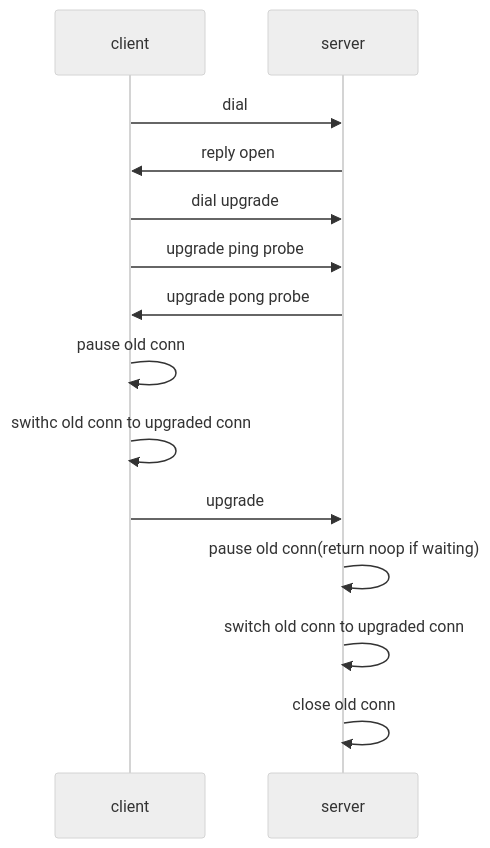
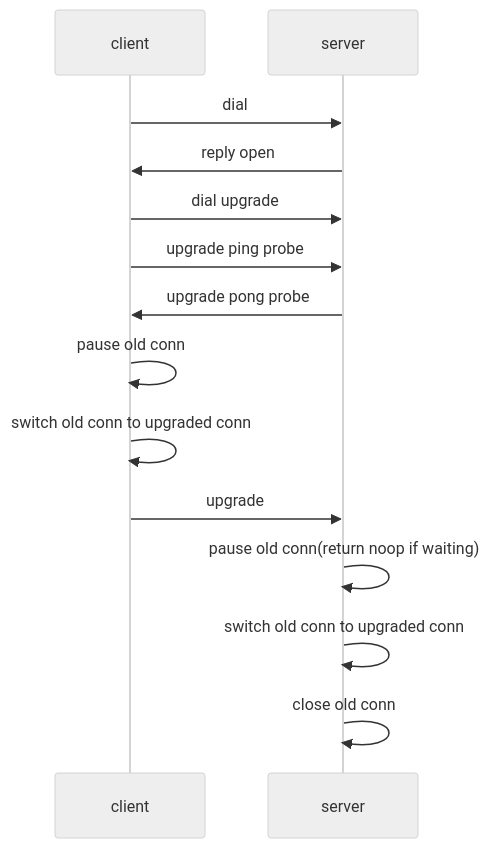
The diagram in upgrade workflow.md (googollee/go-socket.io), drawn with Mermaid (neutral theme) before and after one commit.

Commit message:
misspelling

````diff
--- a/upgrade workflow.md
+++ b/upgrade workflow.md
@@ -1,14 +1,14 @@
 ```mermaid
 sequenceDiagram
 client->>server: dial
 server->>client: reply open
 client->>server: dial upgrade
 client->>server: upgrade ping probe
 server->>client: upgrade pong probe
 client->>client: pause old conn
-client->>client: swithc old conn to upgraded conn
+client->>client: switch old conn to upgraded conn
 client->>server: upgrade
 server->>server: pause old conn(return noop if waiting)
 server->>server: switch old conn to upgraded conn
 server->>server: close old conn
 ```
````
